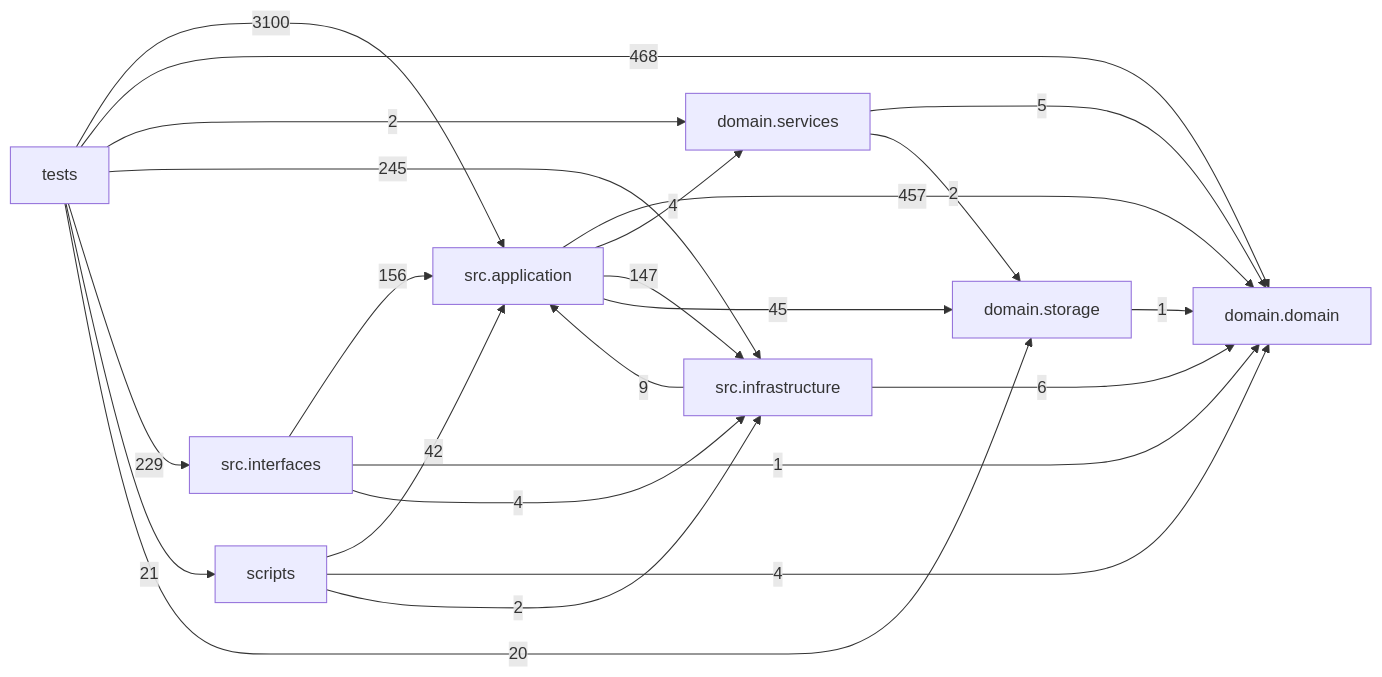
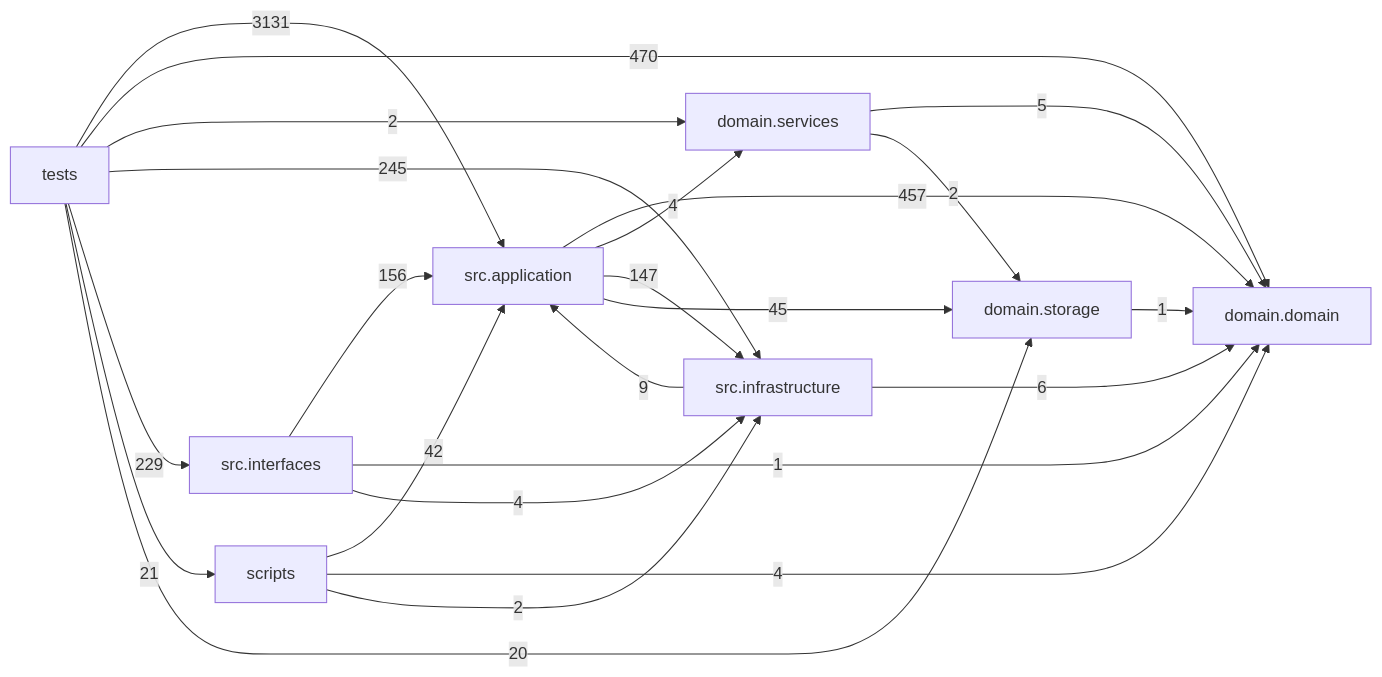
Before and after one commit to liuxie066/options-monitor: the diagram in docs/DEPENDENCY_GRAPH.md, drawn with Mermaid. The commit also changed other lines of this file and 2 other files, not shown here.

````diff
--- a/docs/DEPENDENCY_GRAPH.md
+++ b/docs/DEPENDENCY_GRAPH.md
@@ -24,33 +24,33 @@
 ```mermaid
 flowchart LR
   tests["tests"]
   scripts["scripts"]
   interfaces["src.interfaces"]
   application["src.application"]
   infrastructure["src.infrastructure"]
   domain_services["domain.services"]
   domain["domain.domain"]
   storage["domain.storage"]
   application -->|457| domain
   application -->|4| domain_services
   application -->|147| infrastructure
   application -->|45| storage
   domain_services -->|5| domain
   domain_services -->|2| storage
   infrastructure -->|9| application
   infrastructure -->|6| domain
   interfaces -->|156| application
   interfaces -->|1| domain
   interfaces -->|4| infrastructure
   scripts -->|42| application
   scripts -->|4| domain
   scripts -->|2| infrastructure
   storage -->|1| domain
-  tests -->|3100| application
-  tests -->|468| domain
+  tests -->|3131| application
+  tests -->|470| domain
   tests -->|2| domain_services
   tests -->|245| infrastructure
   tests -->|229| interfaces
   tests -->|21| scripts
   tests -->|20| storage
 ```
````
